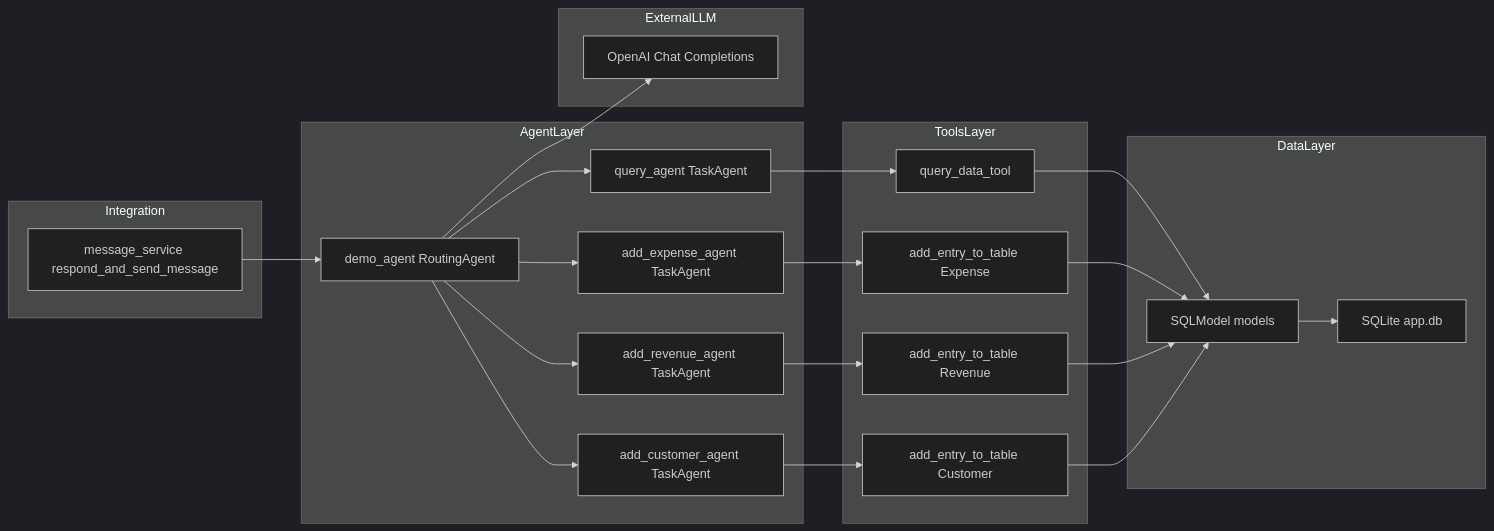
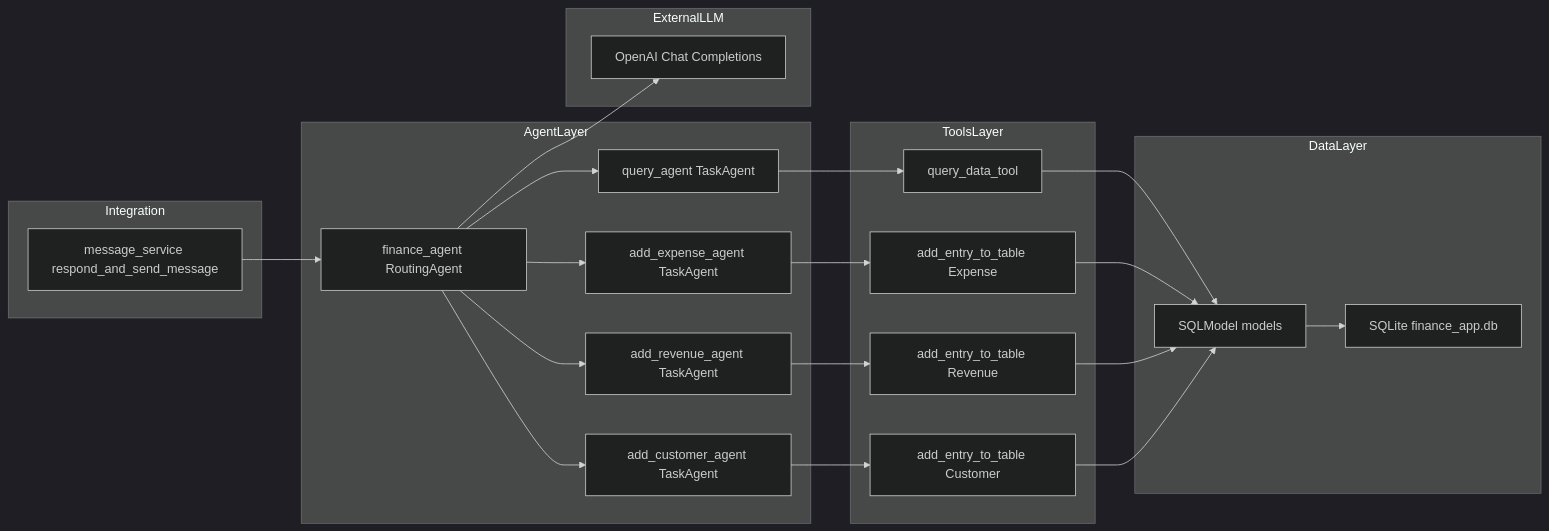
One commit to lennonconstantino/whatsapp_agent changed the second of 2 diagrams in FINANCE_FEATURE.md. Above: the diagram before and after it, drawn with Mermaid (dark theme). The commit also changed other lines of this file and 3 other files, not shown here.

````diff
--- a/FINANCE_FEATURE.md
+++ b/FINANCE_FEATURE.md
@@ -129,49 +278,49 @@
 ```mermaid
 flowchart LR
   subgraph Integration
     message_service[message_service respond_and_send_message]
   end
 
   subgraph AgentLayer
-    demo_agent[demo_agent RoutingAgent]
+    finance_agent[finance_agent RoutingAgent]
     query_agent[query_agent TaskAgent]
     add_expense_agent[add_expense_agent TaskAgent]
     add_revenue_agent[add_revenue_agent TaskAgent]
     add_customer_agent[add_customer_agent TaskAgent]
   end
 
   subgraph ToolsLayer
     query_tool[query_data_tool]
     add_expense_tool[add_entry_to_table Expense]
     add_revenue_tool[add_entry_to_table Revenue]
     add_customer_tool[add_entry_to_table Customer]
   end
 
   subgraph DataLayer
     models[SQLModel models]
-    db[SQLite app.db]
+    db[SQLite finance_app.db]
   end
 
   subgraph ExternalLLM
     openai_chat[OpenAI Chat Completions]
   end
 
-  message_service --> demo_agent
-  demo_agent --> query_agent
-  demo_agent --> add_expense_agent
-  demo_agent --> add_revenue_agent
-  demo_agent --> add_customer_agent
+  message_service --> finance_agent
+  finance_agent --> query_agent
+  finance_agent --> add_expense_agent
+  finance_agent --> add_revenue_agent
+  finance_agent --> add_customer_agent
 
   query_agent --> query_tool
   add_expense_agent --> add_expense_tool
   add_revenue_agent --> add_revenue_tool
   add_customer_agent --> add_customer_tool
 
   query_tool --> models
   add_expense_tool --> models
   add_revenue_tool --> models
   add_customer_tool --> models
 
   models --> db
-  demo_agent --> openai_chat
+  finance_agent --> openai_chat
 ```
````
